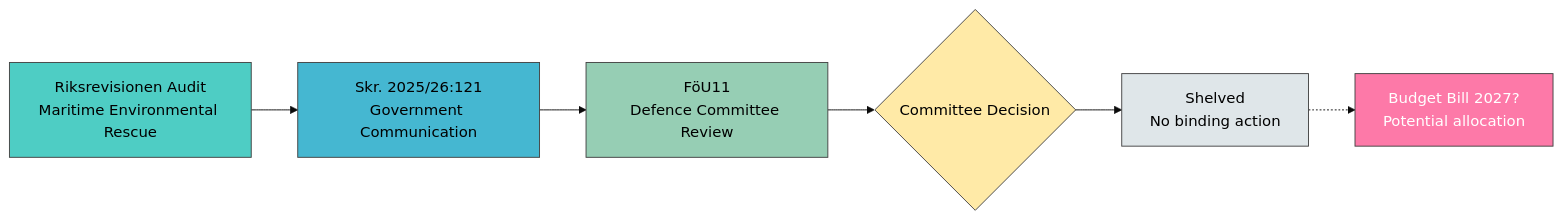
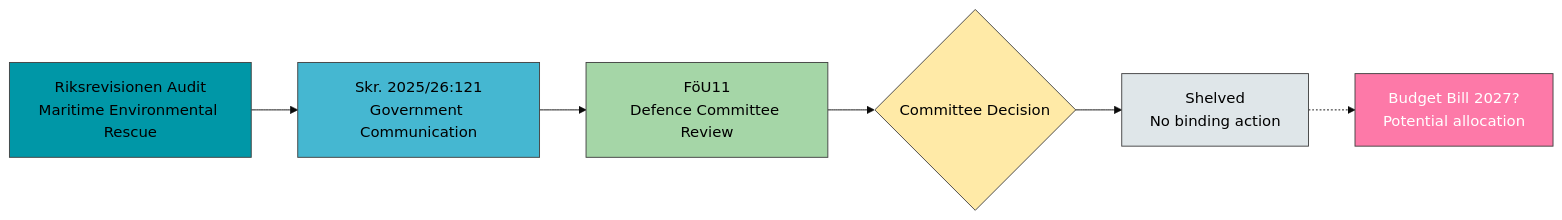
One commit to Hack23/riksdagsmonitor changed the diagram in analysis/daily/2026-04-01/committeeReports/documents/hd01föu11-analysis.md. Above: the diagram before and after it, drawn with Mermaid (base theme). The commit also changed 121 other files, not shown here.

````diff
--- a/analysis/daily/2026-04-01/committeeReports/documents/hd01föu11-analysis.md
+++ b/analysis/daily/2026-04-01/committeeReports/documents/hd01föu11-analysis.md
@@ -61,15 +61,15 @@
 ```mermaid
 flowchart LR
     A[Riksrevisionen Audit<br/>Maritime Environmental Rescue]:::audit --> B[Skr. 2025/26:121<br/>Government Communication]:::gov
     B --> C[FöU11<br/>Defence Committee Review]:::committee
     C --> D{Committee Decision}:::decision
     D --> E[Shelved<br/>No binding action]:::shelved
     E -.-> F[Budget Bill 2027?<br/>Potential allocation]:::future
     
-    classDef audit fill:#4ecdc4,stroke:#424242,color:#000000
+    classDef audit fill:#0097A7,stroke:#424242,color:#000000
     classDef gov fill:#45b7d1,stroke:#424242,color:#000000
-    classDef committee fill:#96ceb4,stroke:#424242,color:#000000
+    classDef committee fill:#A5D6A7,stroke:#424242,color:#000000
     classDef decision fill:#ffeaa7,stroke:#424242,color:#000000
     classDef shelved fill:#dfe6e9,stroke:#424242,color:#000000
     classDef future fill:#fd79a8,stroke:#424242,color:#FFFFFF
 ```
````
